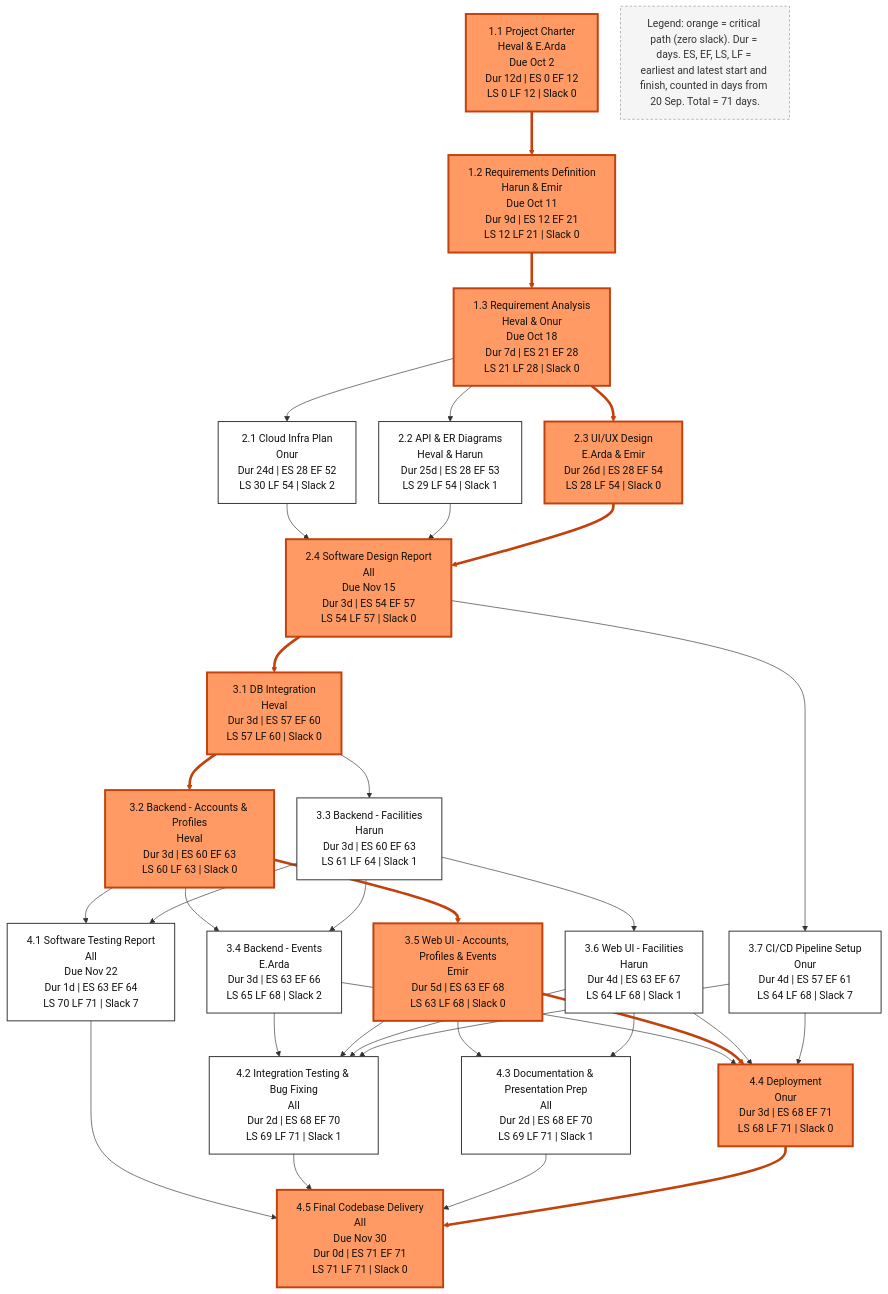
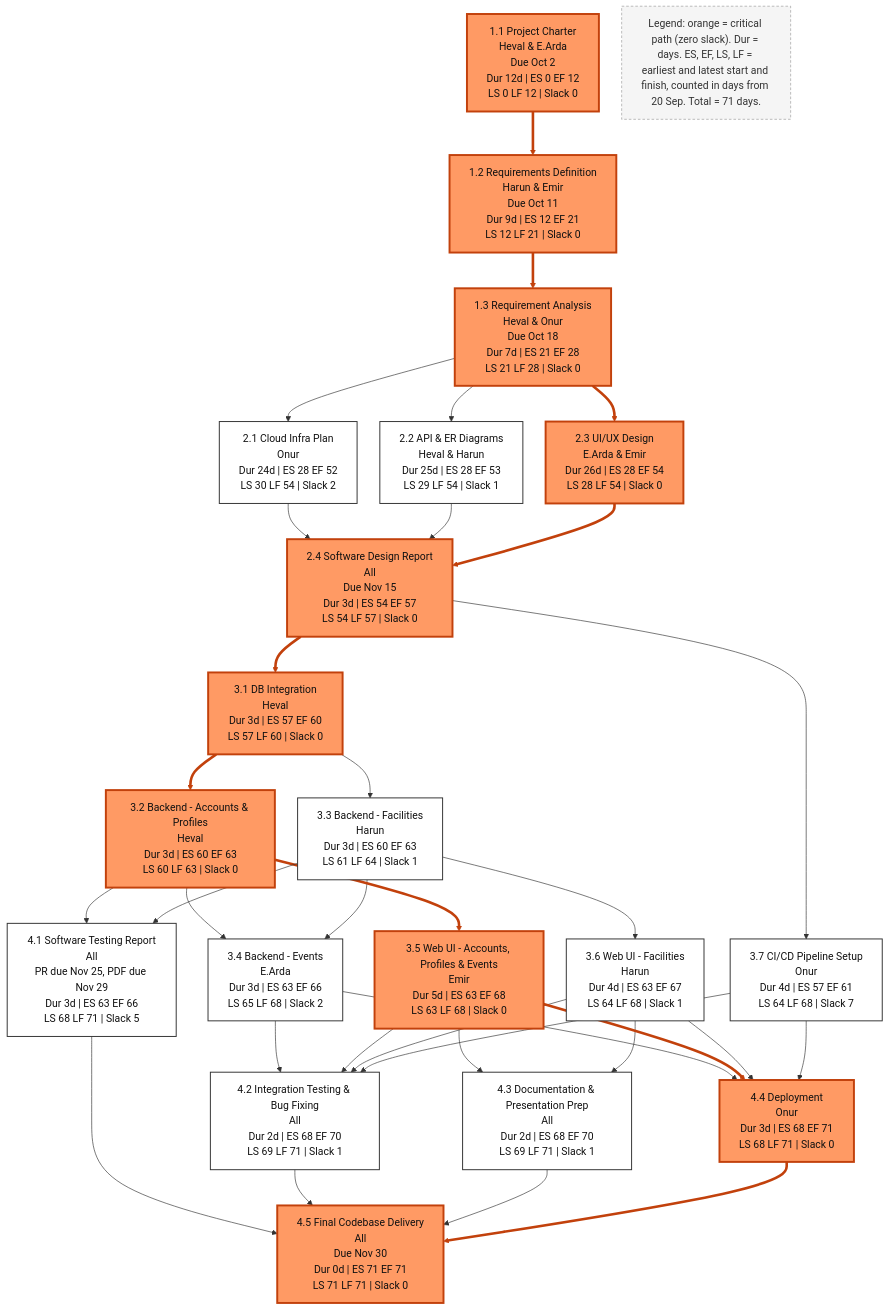
One commit to emir-heval-arda-harun/CMPE-331-project changed the diagram in docs/plan/pert_chart.mmd. Above: the diagram before and after it, drawn with Mermaid. The commit also changed 9 other files, not shown here.

First line of the commit message:
Plan: Software Testing Report moved one week later (PR 25.11, PDF 29.11)

```diff
--- a/docs/plan/pert_chart.mmd
+++ b/docs/plan/pert_chart.mmd
@@ -1,61 +1,61 @@
 %%{init: {"flowchart": {"nodeSpacing": 35, "rankSpacing": 55, "htmlLabels": true}}}%%
 flowchart TD
     n1_1["1.1 Project Charter<br/>Heval & E.Arda<br/>Due Oct 2<br/>Dur 12d | ES 0 EF 12<br/>LS 0 LF 12 | Slack 0"]
     n1_2["1.2 Requirements Definition<br/>Harun & Emir<br/>Due Oct 11<br/>Dur 9d | ES 12 EF 21<br/>LS 12 LF 21 | Slack 0"]
     n1_3["1.3 Requirement Analysis<br/>Heval & Onur<br/>Due Oct 18<br/>Dur 7d | ES 21 EF 28<br/>LS 21 LF 28 | Slack 0"]
     n2_1["2.1 Cloud Infra Plan<br/>Onur<br/>Dur 24d | ES 28 EF 52<br/>LS 30 LF 54 | Slack 2"]
     n2_2["2.2 API & ER Diagrams<br/>Heval & Harun<br/>Dur 25d | ES 28 EF 53<br/>LS 29 LF 54 | Slack 1"]
     n2_3["2.3 UI/UX Design<br/>E.Arda & Emir<br/>Dur 26d | ES 28 EF 54<br/>LS 28 LF 54 | Slack 0"]
     n2_4["2.4 Software Design Report<br/>All<br/>Due Nov 15<br/>Dur 3d | ES 54 EF 57<br/>LS 54 LF 57 | Slack 0"]
     n3_1["3.1 DB Integration<br/>Heval<br/>Dur 3d | ES 57 EF 60<br/>LS 57 LF 60 | Slack 0"]
     n3_2["3.2 Backend - Accounts & Profiles<br/>Heval<br/>Dur 3d | ES 60 EF 63<br/>LS 60 LF 63 | Slack 0"]
     n3_3["3.3 Backend - Facilities<br/>Harun<br/>Dur 3d | ES 60 EF 63<br/>LS 61 LF 64 | Slack 1"]
     n3_4["3.4 Backend - Events<br/>E.Arda<br/>Dur 3d | ES 63 EF 66<br/>LS 65 LF 68 | Slack 2"]
     n3_5["3.5 Web UI - Accounts, Profiles & Events<br/>Emir<br/>Dur 5d | ES 63 EF 68<br/>LS 63 LF 68 | Slack 0"]
     n3_6["3.6 Web UI - Facilities<br/>Harun<br/>Dur 4d | ES 63 EF 67<br/>LS 64 LF 68 | Slack 1"]
     n3_7["3.7 CI/CD Pipeline Setup<br/>Onur<br/>Dur 4d | ES 57 EF 61<br/>LS 64 LF 68 | Slack 7"]
-    n4_1["4.1 Software Testing Report<br/>All<br/>Due Nov 22<br/>Dur 1d | ES 63 EF 64<br/>LS 70 LF 71 | Slack 7"]
+    n4_1["4.1 Software Testing Report<br/>All<br/>PR due Nov 25, PDF due Nov 29<br/>Dur 3d | ES 63 EF 66<br/>LS 68 LF 71 | Slack 5"]
     n4_2["4.2 Integration Testing & Bug Fixing<br/>All<br/>Dur 2d | ES 68 EF 70<br/>LS 69 LF 71 | Slack 1"]
     n4_3["4.3 Documentation & Presentation Prep<br/>All<br/>Dur 2d | ES 68 EF 70<br/>LS 69 LF 71 | Slack 1"]
     n4_4["4.4 Deployment<br/>Onur<br/>Dur 3d | ES 68 EF 71<br/>LS 68 LF 71 | Slack 0"]
     n4_5["4.5 Final Codebase Delivery<br/>All<br/>Due Nov 30<br/>Dur 0d | ES 71 EF 71<br/>LS 71 LF 71 | Slack 0"]
     n1_1 --> n1_2
     n1_2 --> n1_3
     n1_3 --> n2_1
     n1_3 --> n2_2
     n1_3 --> n2_3
     n2_1 --> n2_4
     n2_2 --> n2_4
     n2_3 --> n2_4
     n2_4 --> n3_1
     n3_1 --> n3_2
     n3_1 --> n3_3
     n3_2 --> n3_4
     n3_3 --> n3_4
     n3_2 --> n3_5
     n3_3 --> n3_6
     n2_4 --> n3_7
     n3_2 --> n4_1
     n3_3 --> n4_1
     n3_4 --> n4_2
     n3_5 --> n4_2
     n3_6 --> n4_2
     n3_7 --> n4_2
     n3_5 --> n4_3
     n3_6 --> n4_3
     n3_4 --> n4_4
     n3_5 --> n4_4
     n3_6 --> n4_4
     n3_7 --> n4_4
     n4_1 --> n4_5
     n4_2 --> n4_5
     n4_3 --> n4_5
     n4_4 --> n4_5
     legend["Legend: orange = critical path (zero slack). Dur = days. ES, EF, LS, LF = earliest and latest start and finish, counted in days from 20 Sep. Total = 71 days."]
     classDef crit fill:#ff9a64,stroke:#c2410c,stroke-width:3px,color:#111
     classDef norm fill:#ffffff,stroke:#333,stroke-width:1.5px,color:#111
     classDef leg fill:#f5f5f5,stroke:#999,stroke-dasharray:4 3,color:#333
     class n1_1,n1_2,n1_3,n2_3,n2_4,n3_1,n3_2,n3_5,n4_4,n4_5 crit
     class n2_1,n2_2,n3_3,n3_4,n3_6,n3_7,n4_1,n4_2,n4_3 norm
     class legend leg
     linkStyle 0,1,4,7,8,9,13,25,31 stroke:#c2410c,stroke-width:4px
```
